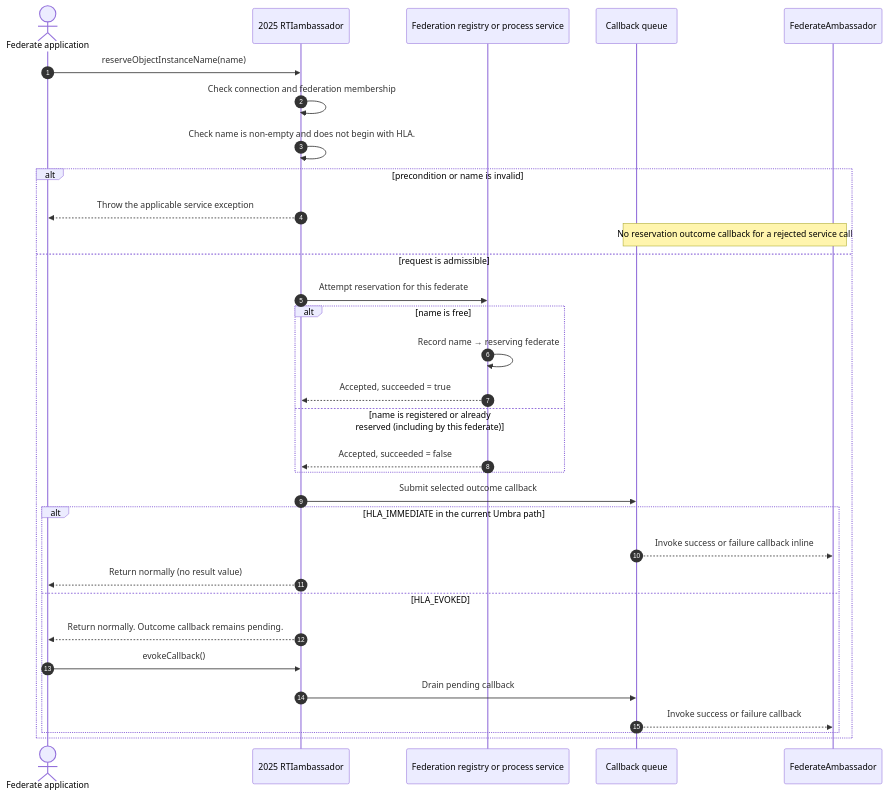
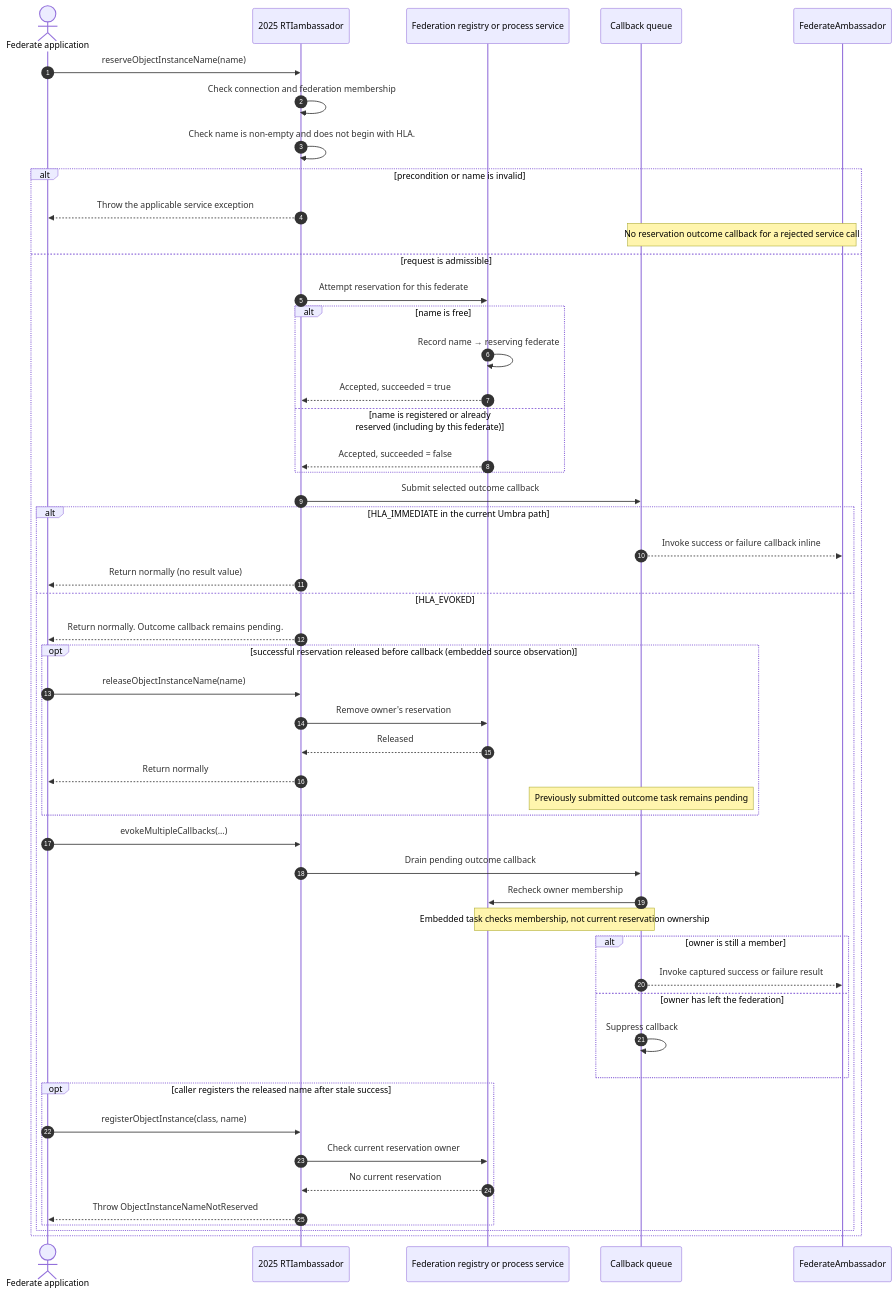
One commit to sheepfling/umbra changed the second of 9 diagrams in docs/design/HLA-2025-OBJECT-INSTANCE-NAME-RESERVATION-FLOW-GUIDE.md. Above: the diagram before and after it, drawn with Mermaid. The commit also changed other lines of this file and 39 other files, not shown here.

Commit message:
Document IEEE 1516.1-2025 behavior flows

````diff
--- a/docs/design/HLA-2025-OBJECT-INSTANCE-NAME-RESERVATION-FLOW-GUIDE.md
+++ b/docs/design/HLA-2025-OBJECT-INSTANCE-NAME-RESERVATION-FLOW-GUIDE.md
@@ -91,35 +98,54 @@
 ```mermaid
 sequenceDiagram
   autonumber
   actor App as Federate application
   participant RTI as 2025 RTIambassador
   participant State as Federation registry or process service
   participant Queue as Callback queue
   participant FA as FederateAmbassador
 
   App->>RTI: reserveObjectInstanceName(name)
   RTI->>RTI: Check connection and federation membership
   RTI->>RTI: Check name is non-empty and does not begin with HLA.
   alt precondition or name is invalid
     RTI-->>App: Throw the applicable service exception
     Note over Queue,FA: No reservation outcome callback for a rejected service call
   else request is admissible
     RTI->>State: Attempt reservation for this federate
     alt name is free
       State->>State: Record name → reserving federate
       State-->>RTI: Accepted, succeeded = true
     else name is registered or already reserved (including by this federate)
       State-->>RTI: Accepted, succeeded = false
     end
     RTI->>Queue: Submit selected outcome callback
     alt HLA_IMMEDIATE in the current Umbra path
       Queue-->>FA: Invoke success or failure callback inline
       RTI-->>App: Return normally (no result value)
     else HLA_EVOKED
       RTI-->>App: Return normally. Outcome callback remains pending.
-      App->>RTI: evokeCallback()
-      RTI->>Queue: Drain pending callback
-      Queue-->>FA: Invoke success or failure callback
+      opt successful reservation released before callback (embedded source observation)
+        App->>RTI: releaseObjectInstanceName(name)
+        RTI->>State: Remove owner's reservation
+        State-->>RTI: Released
+        RTI-->>App: Return normally
+        Note over Queue: Previously submitted outcome task remains pending
+      end
+      App->>RTI: evokeMultipleCallbacks(...)
+      RTI->>Queue: Drain pending outcome callback
+      Queue->>State: Recheck owner membership
+      Note over Queue,State: Embedded task checks membership, not current reservation ownership
+      alt owner is still a member
+        Queue-->>FA: Invoke captured success or failure result
+      else owner has left the federation
+        Queue->>Queue: Suppress callback
+      end
+      opt caller registers the released name after stale success
+        App->>RTI: registerObjectInstance(class, name)
+        RTI->>State: Check current reservation owner
+        State-->>RTI: No current reservation
+        RTI-->>App: Throw ObjectInstanceNameNotReserved
+      end
     end
   end
 ```
````
